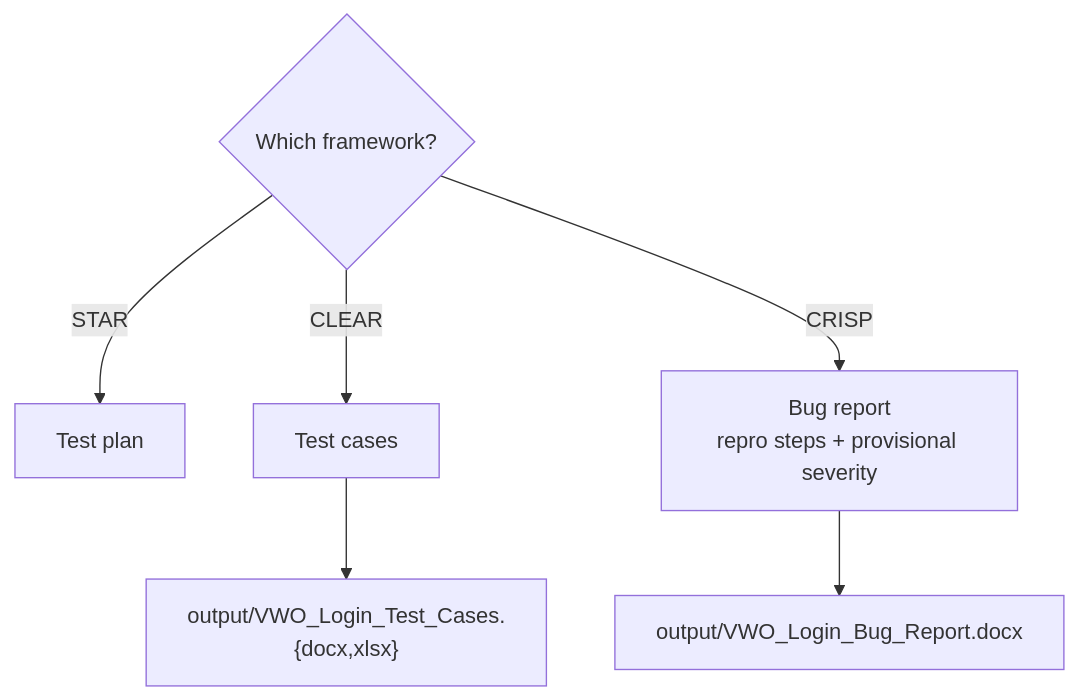
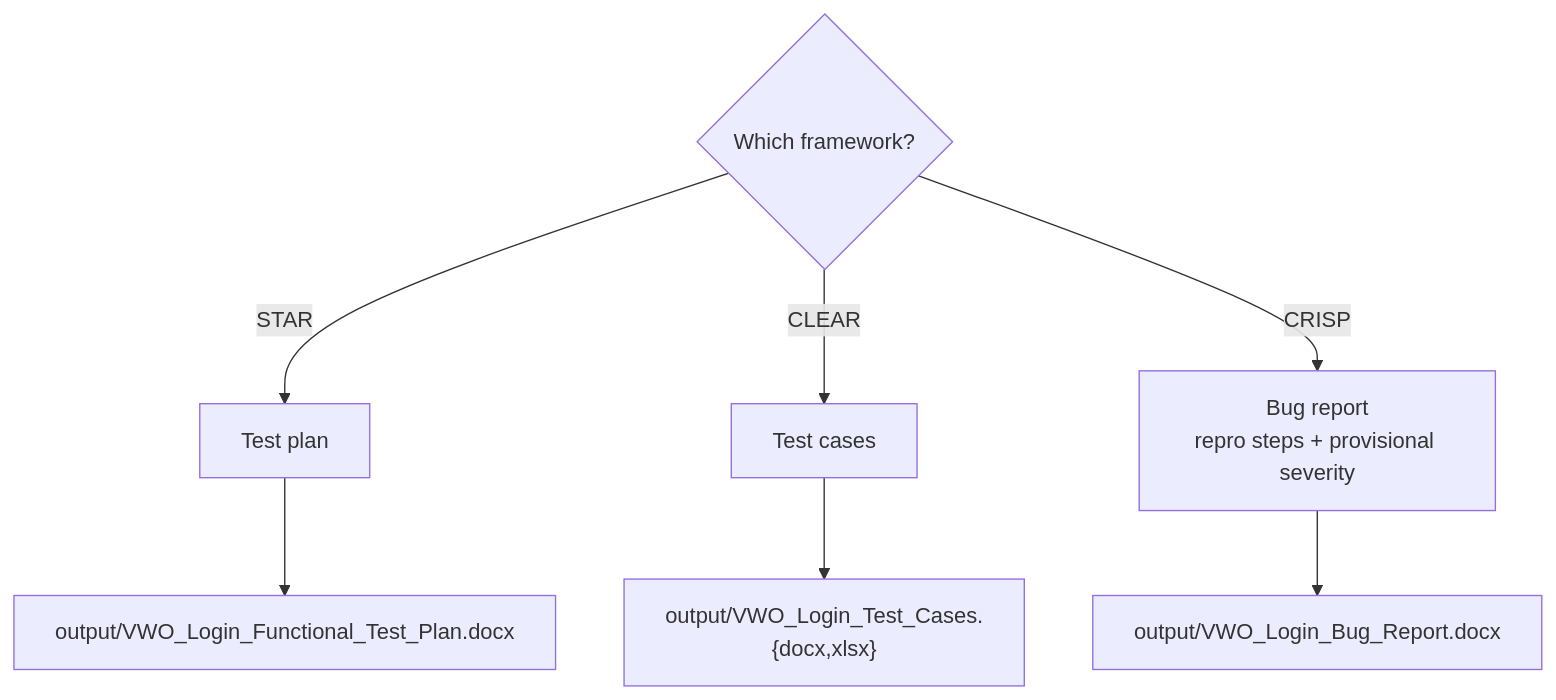
One commit to chaitanyahasabnis-sketch/AITesterBlueprint5x changed the fifth of 5 diagrams in README.md. Above: the diagram before and after it, drawn with Mermaid. The commit also changed other lines of this file and 35 other files, not shown here.

First line of the commit message:
Add Chapter 03 prompt library, STAR test plan and naming fixes

````diff
--- a/README.md
+++ b/README.md
@@ -175,9 +182,10 @@
 ```mermaid
 flowchart TD
     F{"Which framework?"}
     F -->|STAR| SP["Test plan"]
     F -->|CLEAR| CL["Test cases"]
     F -->|CRISP| CR["Bug report<br/>repro steps + provisional severity"]
+    SP --> DOC1["output/VWO_Login_Functional_Test_Plan.docx"]
     CL --> DOC2["output/VWO_Login_Test_Cases.{docx,xlsx}"]
     CR --> DOC3["output/VWO_Login_Bug_Report.docx"]
 ```
````
